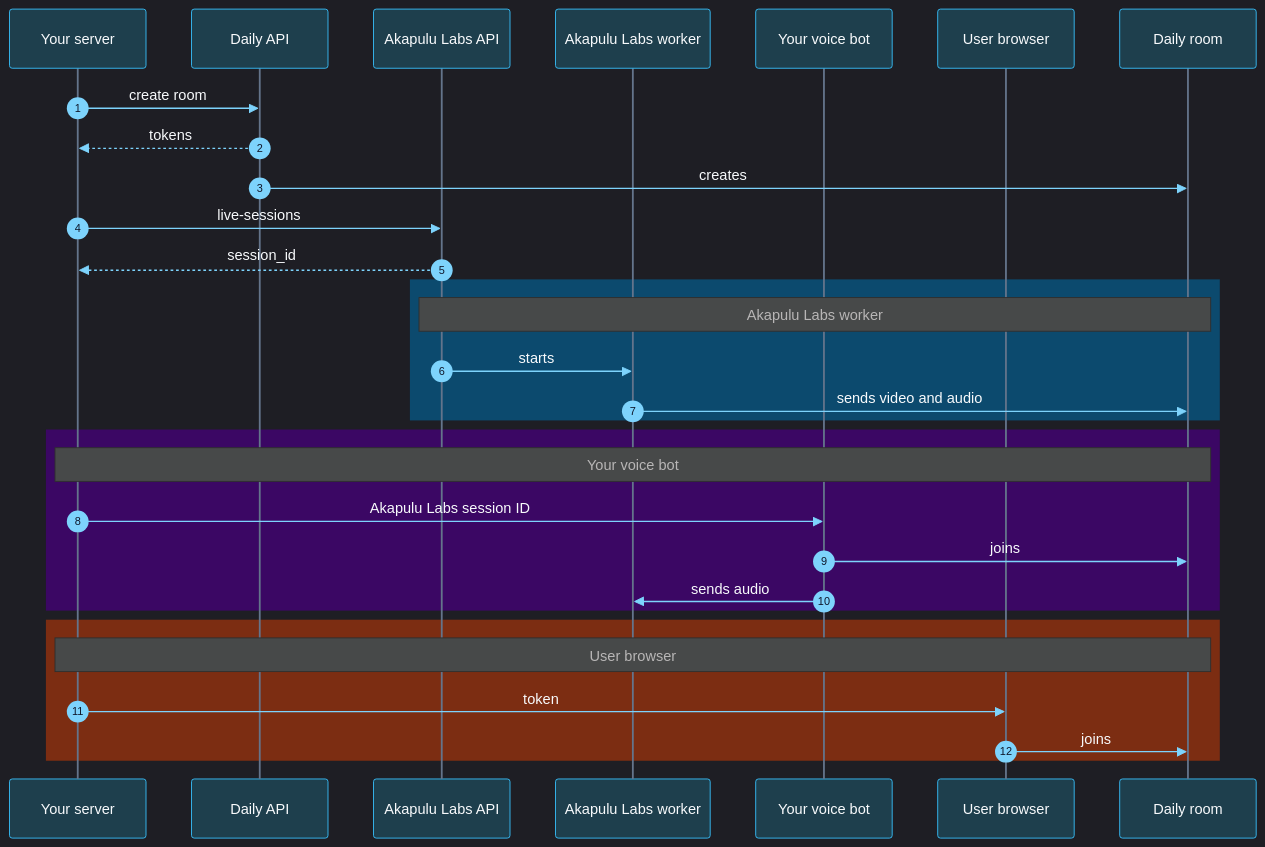
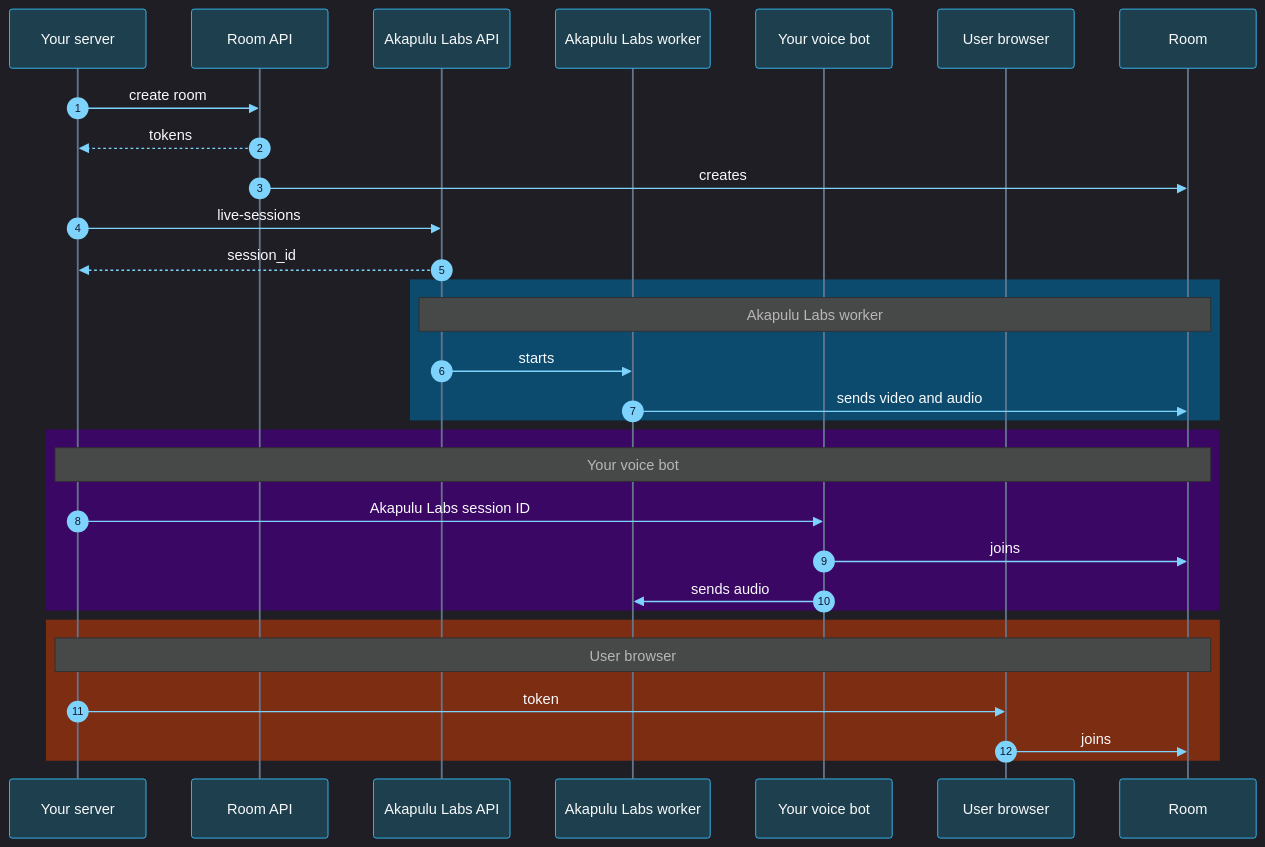
Before and after one commit to william-akapulu/docs: the fifth of 5 diagrams in guides/getting-started/how-akapulu-works.mdx, drawn with Mermaid. The commit also changed other lines of this file and 10 other files, not shown here.

````diff
--- a/guides/getting-started/how-akapulu-works.mdx
+++ b/guides/getting-started/how-akapulu-works.mdx
@@ -113,37 +113,37 @@
 ```mermaid
 %%{init: {"theme":"dark","themeVariables":{"fontFamily":"ui-sans-serif, system-ui, sans-serif","fontSize":"14px","actorBkg":"#1E3F4D","actorBorder":"#38BDF8","actorTextColor":"#F8FAFC","actorLineColor":"#64748B","signalColor":"#7DD3FC","signalTextColor":"#F8FAFC","labelBoxBkgColor":"#0F172A","labelBoxBorderColor":"#38BDF8","labelTextColor":"#F8FAFC","sequenceNumberColor":"#0F172A"}}}%%
 sequenceDiagram
   autonumber
   participant S as Your server
-  participant D as Daily API
+  participant D as Room API
   participant A as Akapulu Labs API
   participant W as Akapulu Labs worker
   participant V as Your voice bot
   participant B as User browser
-  participant R as Daily room
+  participant R as Room
 
   S->>D: create room
   D-->>S: tokens
   D->>R: creates
   S->>A: live-sessions
   A-->>S: session_id
 
   rect rgb(12, 74, 110)
     Note over A,R: Akapulu Labs worker
     A->>W: starts
     W->>R: sends video and audio
   end
 
   rect rgb(59, 7, 100)
     Note over S,R: Your voice bot
     S->>V: Akapulu Labs session ID
     V->>R: joins
     V->>W: sends audio
   end
 
   rect rgb(124, 45, 18)
     Note over S,R: User browser
     S->>B: token
     B->>R: joins
   end
 ```
````
